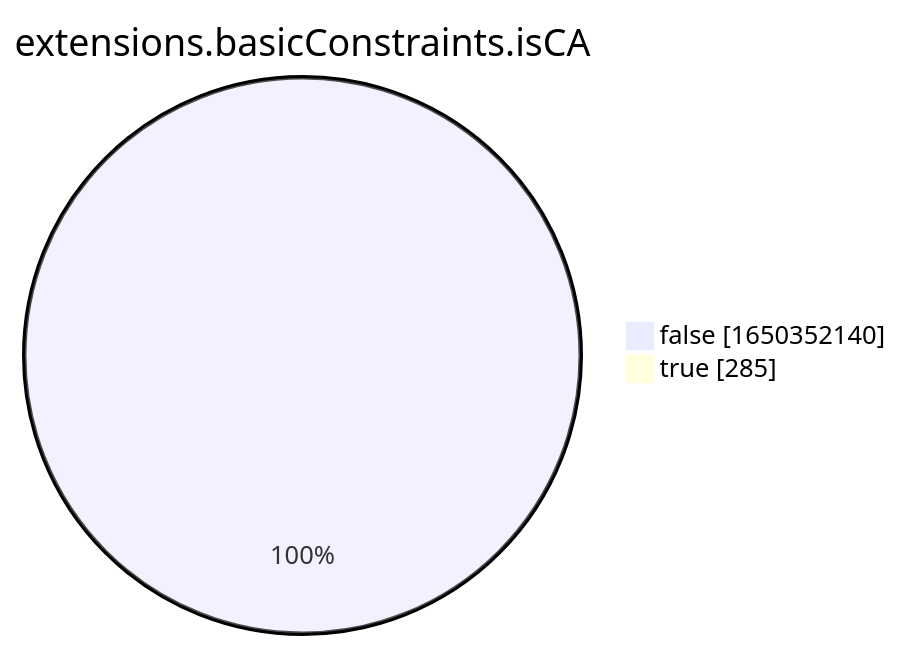
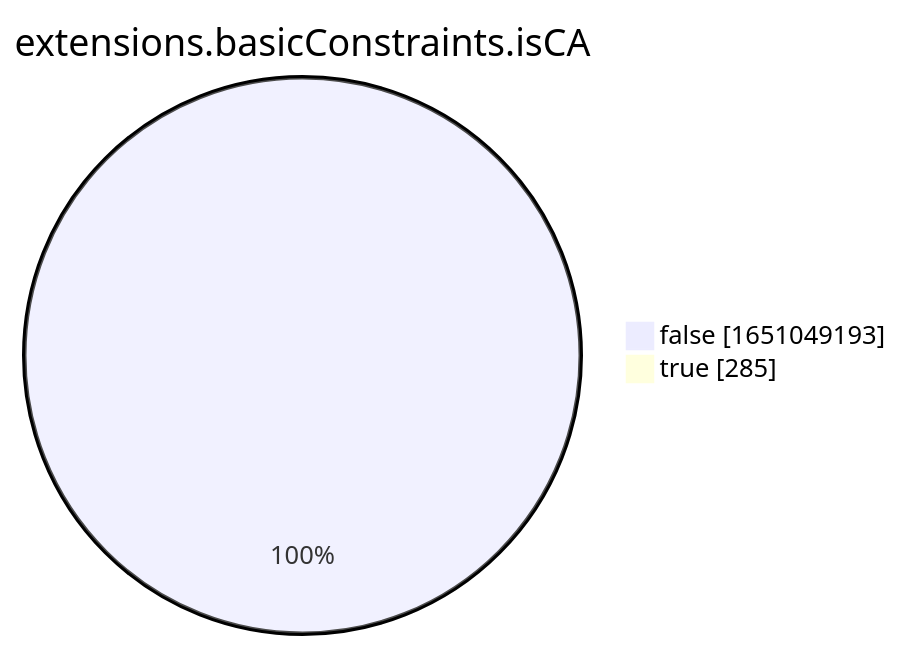
Before and after one commit to christiankrug/ctmonitor_visualization: the eighth of 15 diagrams in xenon2022/README.md, drawn with Mermaid. The commit also changed other lines of this file, not shown here.

````diff
--- a/xenon2022/README.md
+++ b/xenon2022/README.md
@@ -2863,6 +2864,6 @@
 ```mermaid
 pie showData
 title extensions.basicConstraints.isCA
-"false" :1650352140
+"false" :1651049193
 "true" :285
 ```
````
